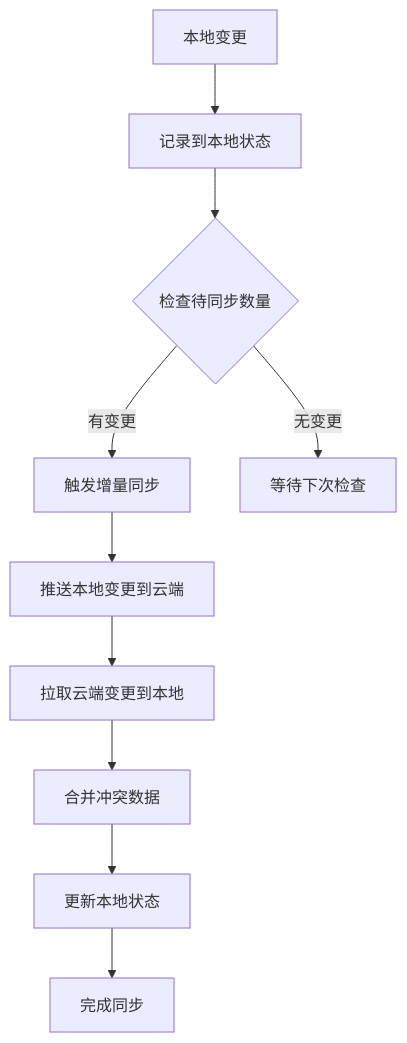
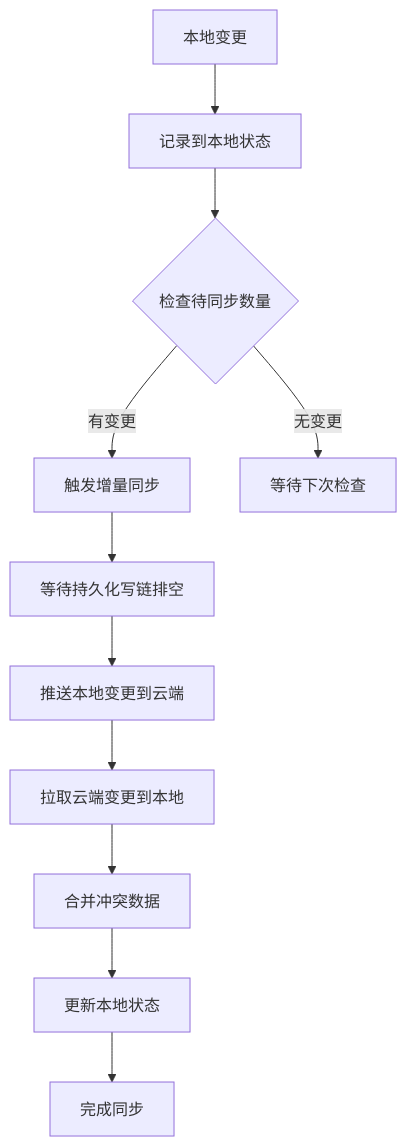
Before and after one commit to billye220670/AIShop: the fifth of 6 diagrams in .qoder/repowiki/zh/content/架构设计/数据流设计/数据同步机制.md, drawn with Mermaid. The commit also changed other lines of this file and 7 other files, not shown here.

Commit message:
feat: 发送前图片压缩(最长边1280px/JPEG0.82) + 气泡图片微信式尺寸(横240竖360)

````diff
--- a/.qoder/repowiki/zh/content/架构设计/数据流设计/数据同步机制.md
+++ b/.qoder/repowiki/zh/content/架构设计/数据流设计/数据同步机制.md
@@ -408,12 +410,13 @@
 ```mermaid
 flowchart TD
 A["本地变更"] --> B["记录到本地状态"]
 B --> C{"检查待同步数量"}
 C --> |有变更| D["触发增量同步"]
 C --> |无变更| E["等待下次检查"]
-D --> F["推送本地变更到云端"]
-F --> G["拉取云端变更到本地"]
-G --> H["合并冲突数据"]
-H --> I["更新本地状态"]
-I --> J["完成同步"]
+D --> F["等待持久化写链排空"]
+F --> G["推送本地变更到云端"]
+G --> H["拉取云端变更到本地"]
+H --> I["合并冲突数据"]
+I --> J["更新本地状态"]
+J --> K["完成同步"]
 ```
````
